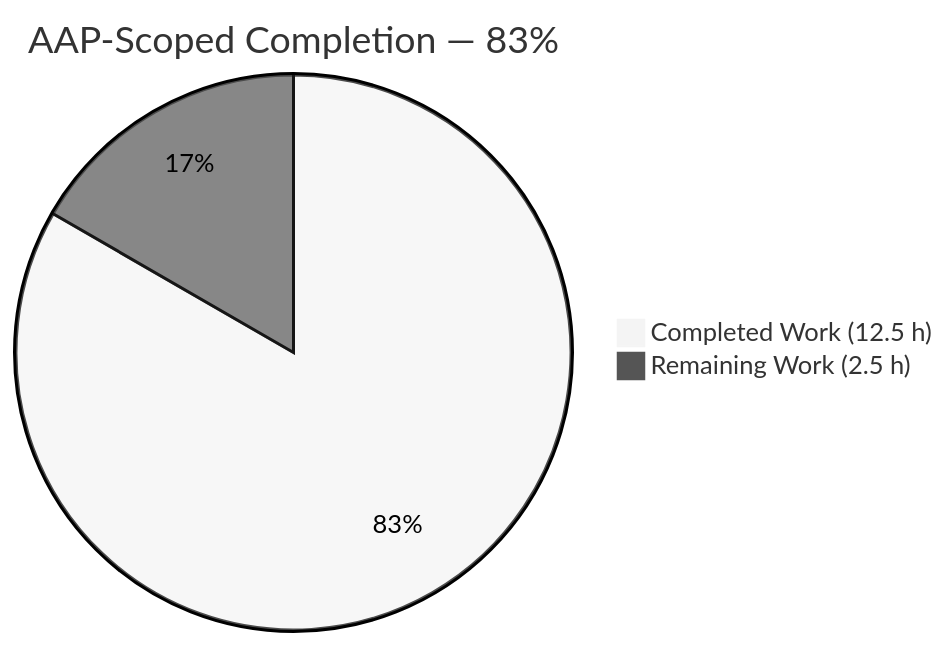
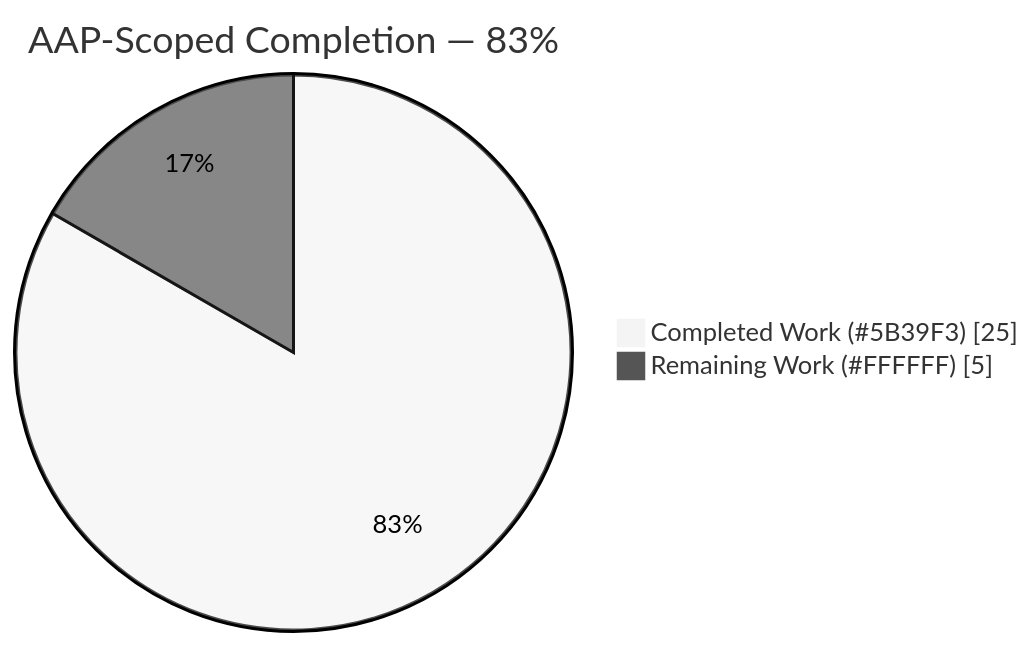
One commit to ajitblitzy/Ajit_GH_Repo-12-Mar-26 changed the first of 3 diagrams in blitzy/documentation/Project Guide.md. Above: the diagram before and after it, drawn with Mermaid (neutral theme). The commit also changed other lines of this file, not shown here.

Commit message:
Adding Blitzy Project Guide: Project Status and Human Tasks Remaining

````diff
--- a/blitzy/documentation/Project Guide.md
+++ b/blitzy/documentation/Project Guide.md
@@ -9,5 +9,5 @@
 ```mermaid
-pie title AAP-Scoped Completion — 83%
-    "Completed Work (12.5 h)" : 12.5
-    "Remaining Work (2.5 h)" : 2.5
+pie showData title AAP-Scoped Completion — 83%
+    "Completed Work (#5B39F3)" : 25
+    "Remaining Work (#FFFFFF)" : 5
 ```
````
